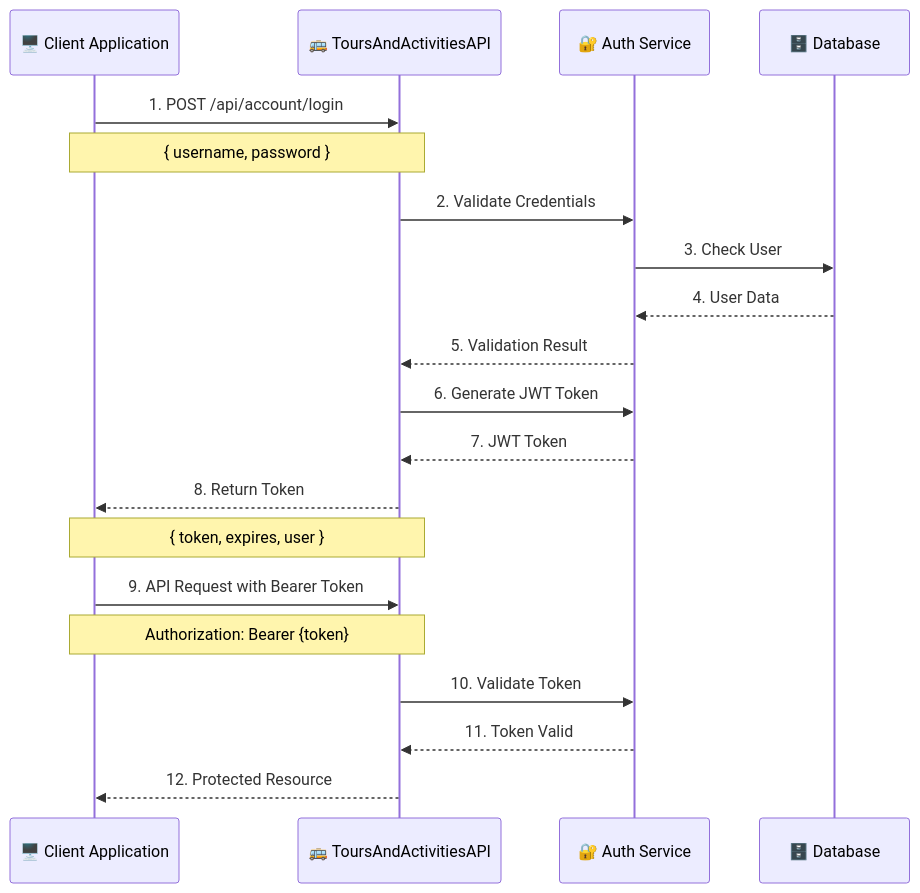
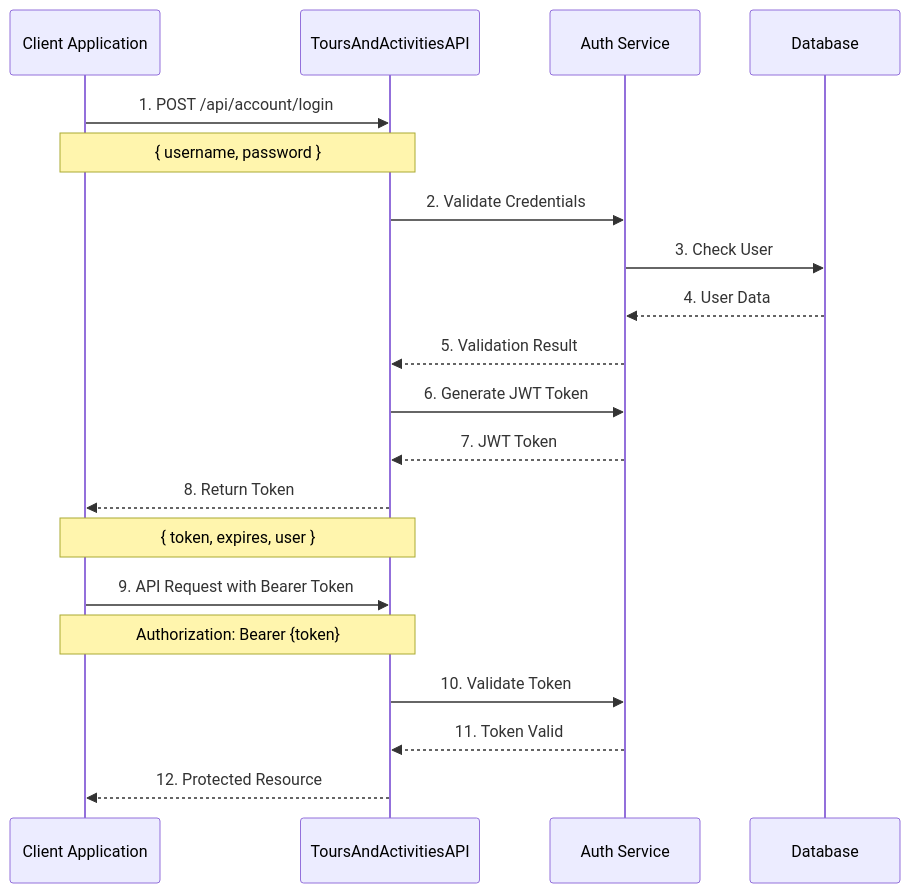
The fourth of 11 diagrams in README.md (sandeepkumar0801/ToursAndActivities), drawn with Mermaid before and after one commit. The commit also changed other lines of this file, not shown here.

````diff
--- a/README.md
+++ b/README.md
@@ -390,26 +390,26 @@
 ```mermaid
 sequenceDiagram
-    participant Client as 🖥️ Client Application
-    participant API as 🚌 ToursAndActivitiesAPI
-    participant Auth as 🔐 Auth Service
-    participant DB as 🗄️ Database
+    participant Client as Client Application
+    participant API as ToursAndActivitiesAPI
+    participant Auth as Auth Service
+    participant DB as Database
 
     Client->>API: 1. POST /api/account/login
     Note over Client,API: { username, password }
 
     API->>Auth: 2. Validate Credentials
     Auth->>DB: 3. Check User
     DB-->>Auth: 4. User Data
     Auth-->>API: 5. Validation Result
 
     API->>Auth: 6. Generate JWT Token
     Auth-->>API: 7. JWT Token
     API-->>Client: 8. Return Token
     Note over API,Client: { token, expires, user }
 
     Client->>API: 9. API Request with Bearer Token
     Note over Client,API: Authorization: Bearer {token}
     API->>Auth: 10. Validate Token
     Auth-->>API: 11. Token Valid
     API-->>Client: 12. Protected Resource
 ```
````
